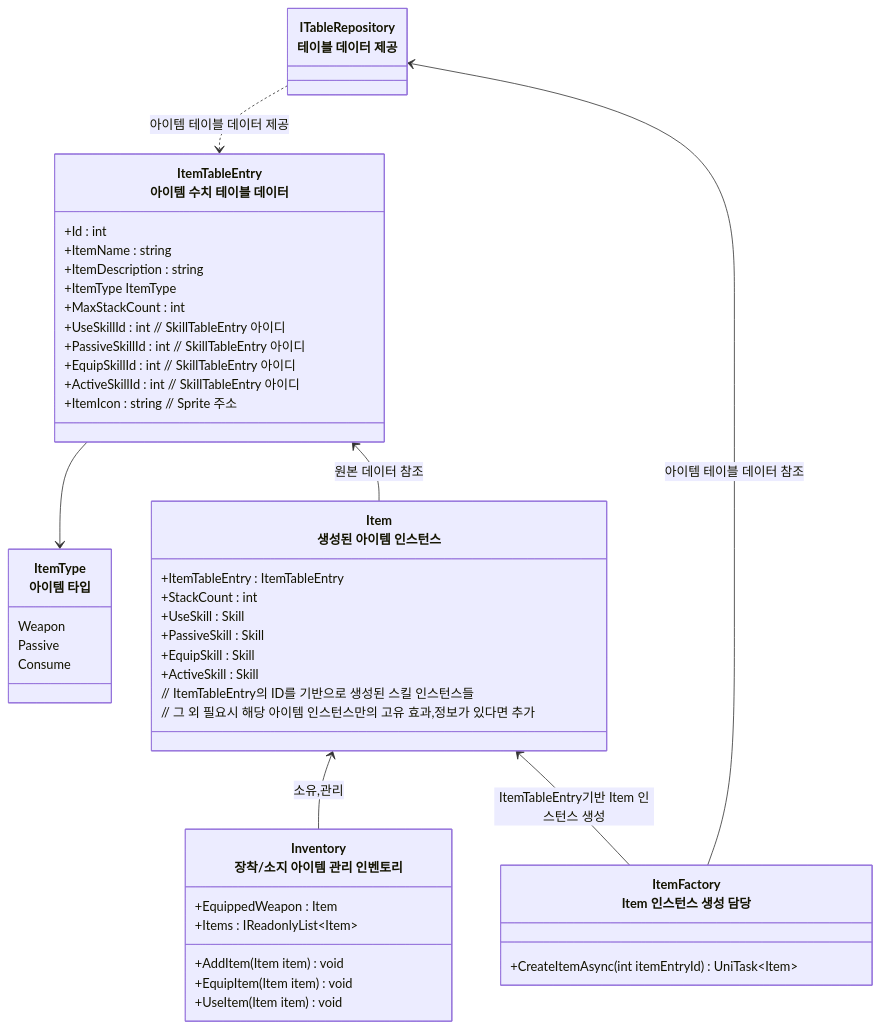
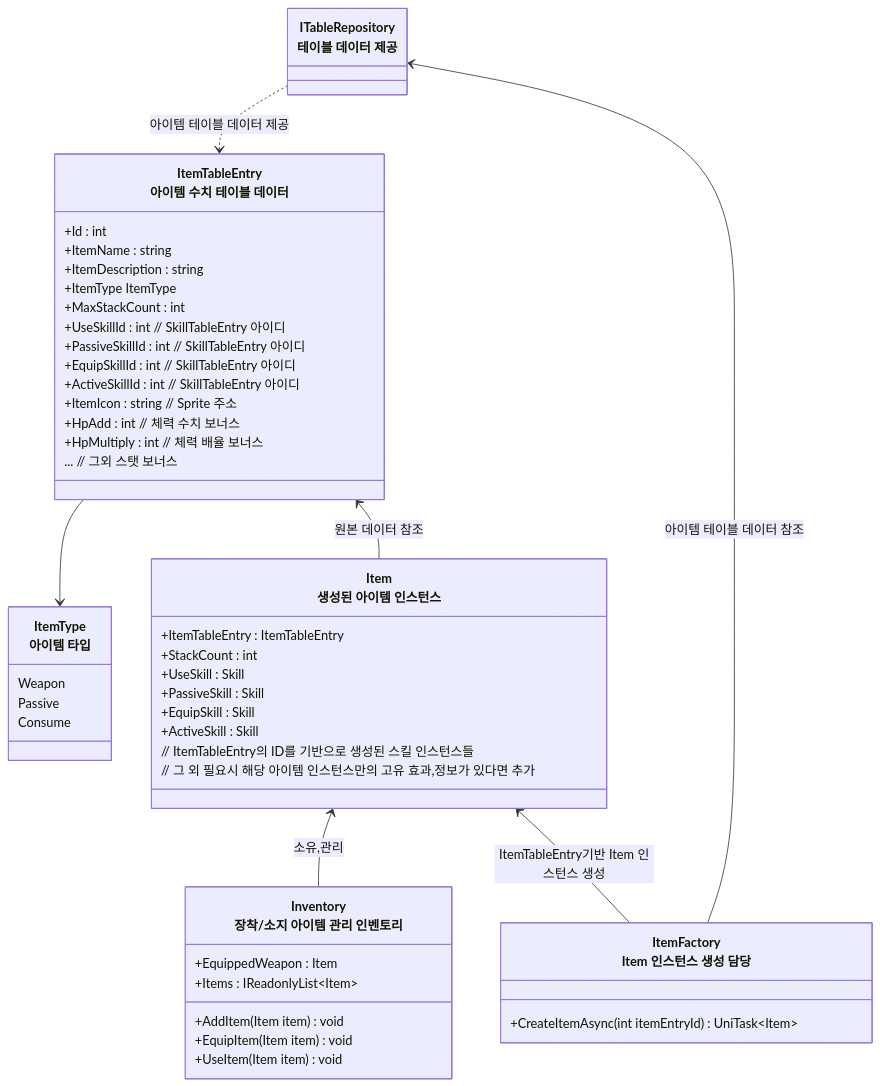
One commit to JIN5EOK/DungeonShooter changed the first of 2 diagrams in README/아이템,인벤토리_설계.md. Above: the diagram before and after it, drawn with Mermaid. The commit also changed other lines of this file, not shown here.

Commit message:
docs: 아이템 스탯 보너스

````diff
--- a/README/아이템,인벤토리_설계.md
+++ b/README/아이템,인벤토리_설계.md
@@ -27,52 +27,55 @@
 ```mermaid
 classDiagram
 	class ItemType["ItemType<br>아이템 타입"]{
 		Weapon
 		Passive
 		Consume
 	}
     class ItemTableEntry["ItemTableEntry<br>아이템 수치 테이블 데이터"]{
 	    +Id : int
 	    +ItemName : string
         +ItemDescription : string
 	    +ItemType ItemType
 	    +MaxStackCount : int
 	    +UseSkillId : int // SkillTableEntry 아이디
 	    +PassiveSkillId : int // SkillTableEntry 아이디
 	    +EquipSkillId : int // SkillTableEntry 아이디
         +ActiveSkillId : int // SkillTableEntry 아이디
 	    +ItemIcon : string // Sprite 주소
+	    +HpAdd : int // 체력 수치 보너스
+	    +HpMultiply : int // 체력 배율 보너스
+	    ... // 그외 스탯 보너스
     }
     
 	class Item["Item<br>생성된 아이템 인스턴스"]{
         +ItemTableEntry : ItemTableEntry
         +StackCount : int
         +UseSkill : Skill
         +PassiveSkill : Skill
         +EquipSkill : Skill
         +ActiveSkill : Skill
         // ItemTableEntry의 ID를 기반으로 생성된 스킬 인스턴스들
         // 그 외 필요시 해당 아이템 인스턴스만의 고유 효과,정보가 있다면 추가
     }
 
     class Inventory["Inventory<br>장착/소지 아이템 관리 인벤토리"]{
         +EquippedWeapon : Item
         +Items : IReadonlyList~Item~
         +AddItem(Item item) void
         +EquipItem(Item item) void
         +UseItem(Item item) void
     }
 	
 	class ItemFactory["ItemFactory<br>Item 인스턴스 생성 담당"]{
         +CreateItemAsync(int itemEntryId) UniTask~Item~
     }
 	
 
 	class ITableRepository["ITableRepository<br>테이블 데이터 제공"]
 	ITableRepository ..> ItemTableEntry : 아이템 테이블 데이터 제공    
     ItemTableEntry --> ItemType
     ItemTableEntry <-- Item : 원본 데이터 참조
     Item <-- Inventory : 소유,관리
     Item <-- ItemFactory : ItemTableEntry기반 Item 인스턴스 생성
     ITableRepository <-- ItemFactory : 아이템 테이블 데이터 참조
 ```
````
